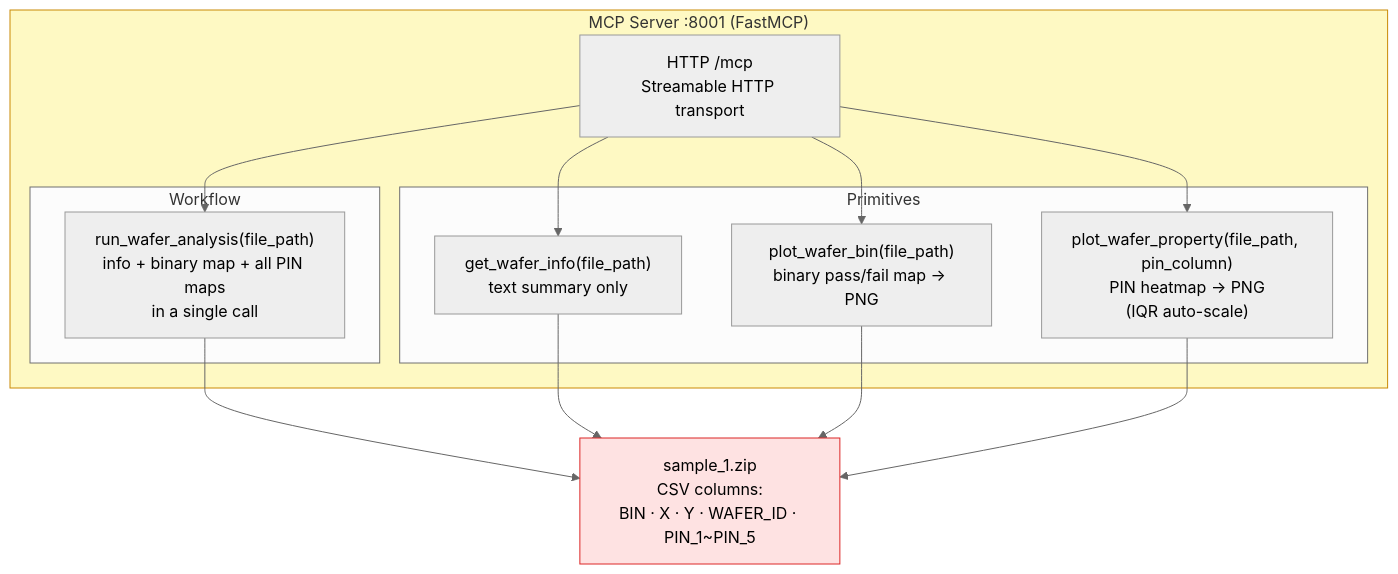
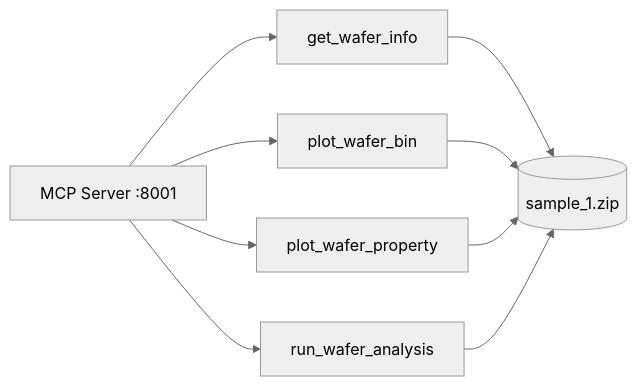
Before and after one commit to AlanTseng1018/LLM-Agent-Yield-Analysis-Engine: the third of 3 diagrams in ARCHITECTURE.md, drawn with Mermaid (neutral theme). The commit also changed other lines of this file, not shown here.

First line of the commit message:
docs(ARCHITECTURE): rewrite to match current ReAct-based architecture

````diff
--- a/ARCHITECTURE.md
+++ b/ARCHITECTURE.md
@@ -199,31 +157,11 @@
 ```mermaid
-graph TD
-    subgraph SERVER["MCP Server  :8001  (FastMCP)"]
-        EP["HTTP /mcp\nStreamable HTTP transport"]
-
-        subgraph WF["Workflow"]
-            T1["run_wafer_analysis(file_path)\ninfo + binary map + all PIN maps\nin a single call"]
-        end
-
-        subgraph PRIM["Primitives"]
-            T2["get_wafer_info(file_path)\ntext summary only"]
-            T3["plot_wafer_bin(file_path)\nbinary pass/fail map → PNG"]
-            T4["plot_wafer_property(file_path, pin_column)\nPIN heatmap → PNG\n(IQR auto-scale)"]
-        end
-
-        EP --> T1
-        EP --> T2
-        EP --> T3
-        EP --> T4
-    end
-
-    T1 --> ZIP
+flowchart LR
+    MCP["MCP Server :8001"] --> T1[get_wafer_info]
+    MCP --> T2[plot_wafer_bin]
+    MCP --> T3[plot_wafer_property]
+    MCP --> T4[run_wafer_analysis]
+    T1 --> ZIP[(sample_1.zip)]
     T2 --> ZIP
     T3 --> ZIP
     T4 --> ZIP
-
-    ZIP["sample_1.zip\nCSV columns:\nBIN · X · Y · WAFER_ID · PIN_1~PIN_5"]
-
-    style SERVER fill:#fef9c3,stroke:#ca8a04
-    style ZIP    fill:#fee2e2,stroke:#dc2626
 ```
````
